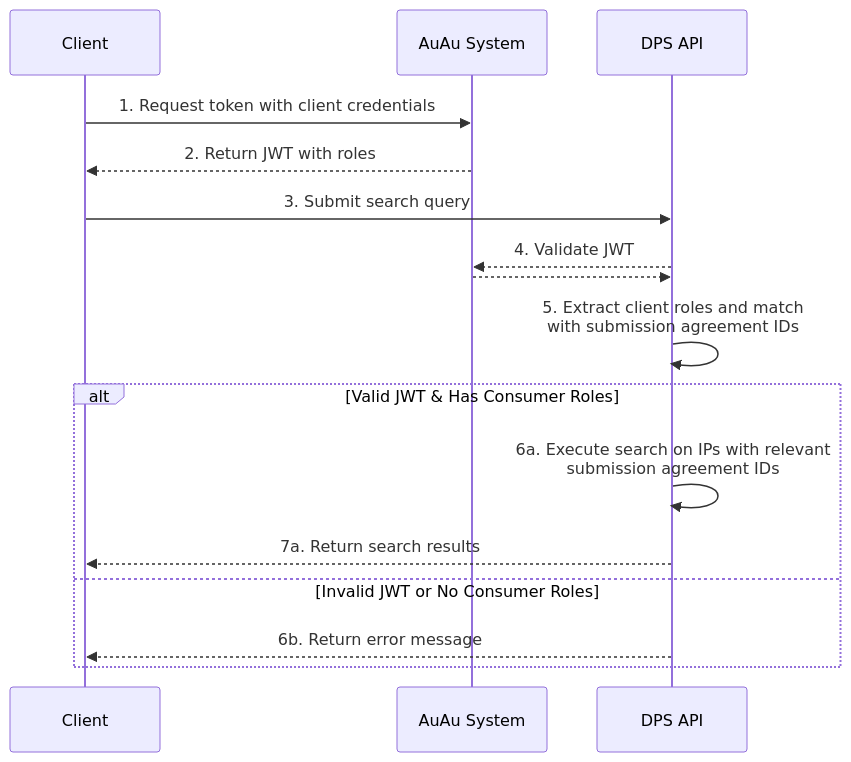
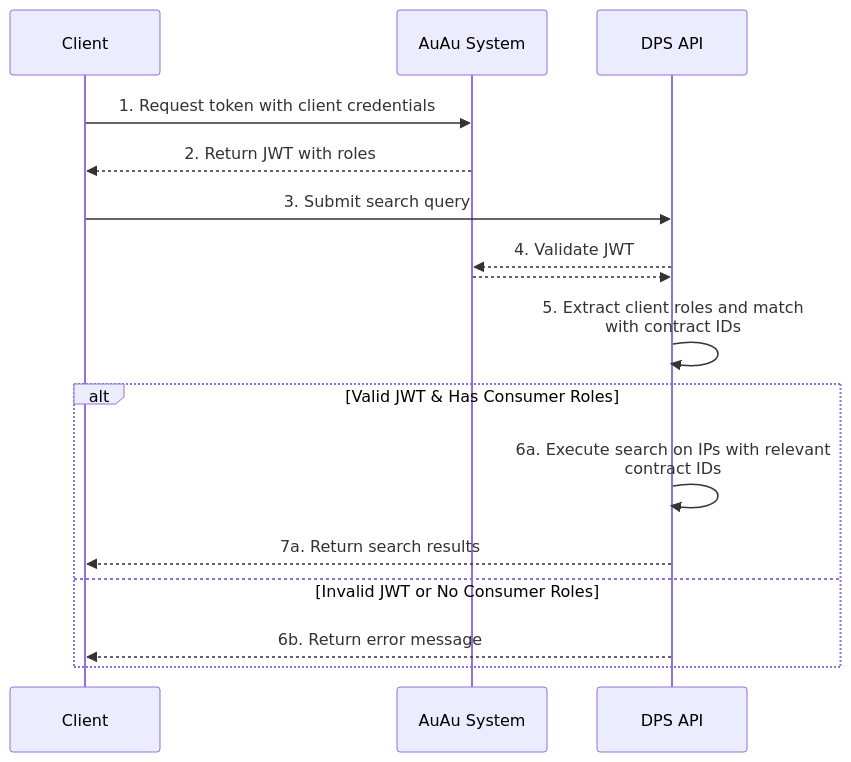
The third of 3 diagrams in content/docs/dps/understanding/access-and-agreements/_index.md (NationalLibraryOfNorway/digitalpreservation-blog.nb.no), drawn with Mermaid before and after one commit. The commit also changed other lines of this file and 2 other files, not shown here.

````diff
--- a/content/docs/dps/understanding/access-and-agreements/_index.md
+++ b/content/docs/dps/understanding/access-and-agreements/_index.md
@@ -111,22 +112,22 @@
 ```mermaid
 sequenceDiagram
     participant C as Client
     participant K as AuAu System
     participant DPS as DPS API
     
     C->>K: 1. Request token with client credentials
     K-->>C: 2. Return JWT with roles
     
     C->>DPS: 3. Submit search query
     
     DPS-->>K: 4. Validate JWT
     K-->>DPS: 
-    DPS->>DPS: 5. Extract client roles and match<br> with submission agreement IDs
+    DPS->>DPS: 5. Extract client roles and match<br> with contract IDs
     
     alt Valid JWT & Has Consumer Roles
-        DPS->>DPS: 6a. Execute search on IPs with relevant<br> submission agreement IDs
+        DPS->>DPS: 6a. Execute search on IPs with relevant<br> contract IDs
         DPS-->>C: 7a. Return search results
     else Invalid JWT or No Consumer Roles
         DPS-->>C: 6b. Return error message
     end
 ```
````
